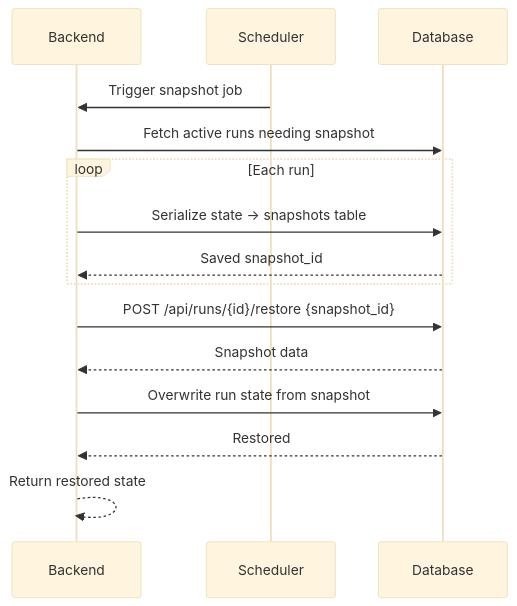
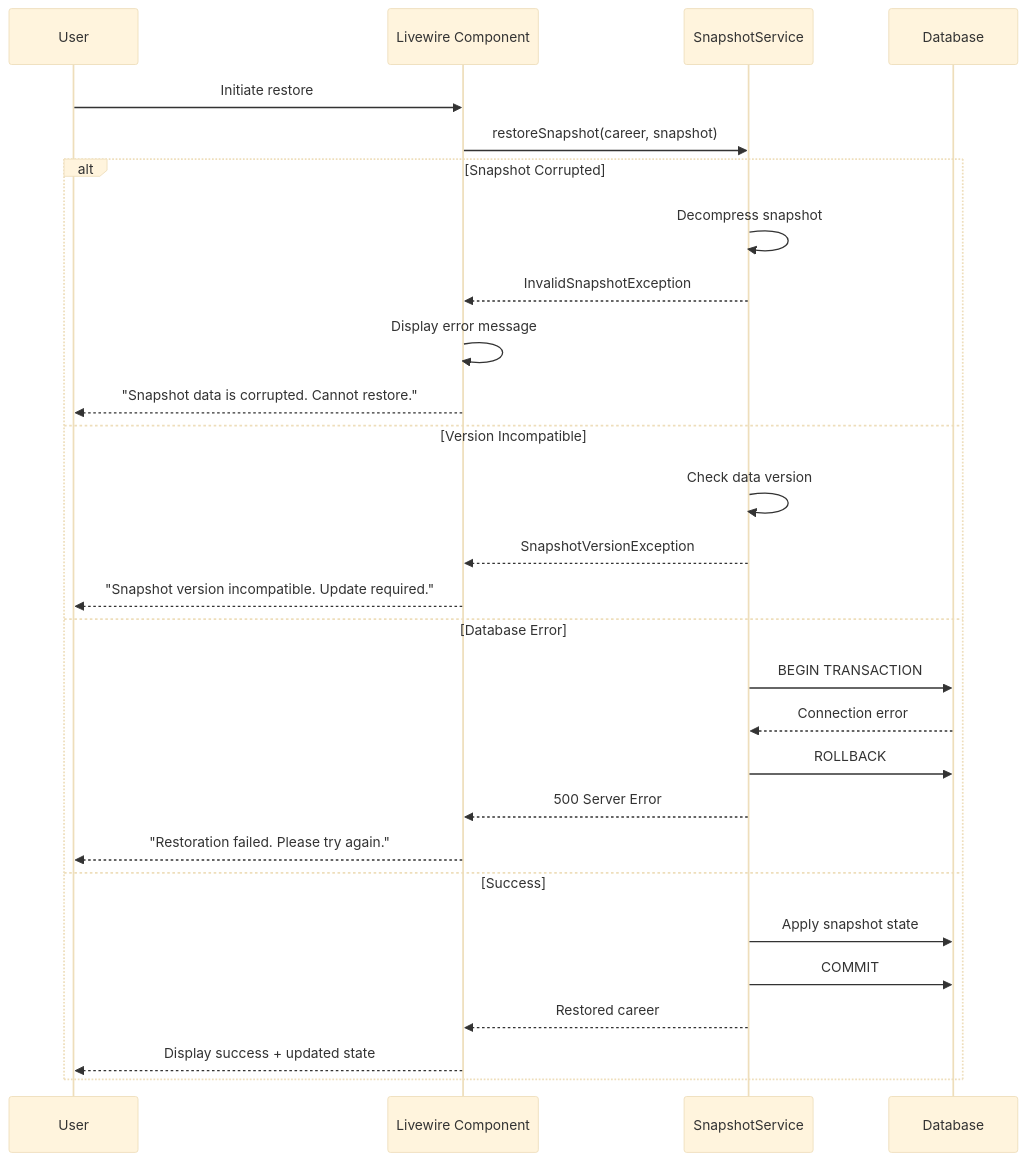
Before and after one commit to exatfrds67/umamusume-career-planner: the second of 2 diagrams in docs/01-sequences/SEQ-012_Run_Snapshot_and_Restore.md, drawn with Mermaid (base theme). The commit also changed other lines of this file and 67 other files, not shown here.

````diff
--- a/docs/01-sequences/SEQ-012_Run_Snapshot_and_Restore.md
+++ b/docs/01-sequences/SEQ-012_Run_Snapshot_and_Restore.md
@@ -28,19 +708,32 @@
 ```mermaid
 sequenceDiagram
-    participant API as Backend
-    participant CRON as Scheduler
+    participant User
+    participant UI as Livewire Component
+    participant Service as SnapshotService
     participant DB as Database
 
-    CRON->>API: Trigger snapshot job
-    API->>DB: Fetch active runs needing snapshot
-    loop Each run
-        API->>DB: Serialize state -> snapshots table
-        DB-->>API: Saved snapshot_id
+    User->>UI: Initiate restore
+    UI->>Service: restoreSnapshot(career, snapshot)
+    
+    alt Snapshot Corrupted
+        Service->>Service: Decompress snapshot
+        Service-->>UI: InvalidSnapshotException
+        UI->>UI: Display error message
+        UI-->>User: "Snapshot data is corrupted. Cannot restore."
+    else Version Incompatible
+        Service->>Service: Check data version
+        Service-->>UI: SnapshotVersionException
+        UI-->>User: "Snapshot version incompatible. Update required."
+    else Database Error
+        Service->>DB: BEGIN TRANSACTION
+        DB-->>Service: Connection error
+        Service->>DB: ROLLBACK
+        Service-->>UI: 500 Server Error
+        UI-->>User: "Restoration failed. Please try again."
+    else Success
+        Service->>DB: Apply snapshot state
+        Service->>DB: COMMIT
+        Service-->>UI: Restored career
+        UI-->>User: Display success + updated state
     end
-
-    API->>DB: POST /api/runs/{id}/restore {snapshot_id}
-    DB-->>API: Snapshot data
-    API->>DB: Overwrite run state from snapshot
-    DB-->>API: Restored
-    API-->>API: Return restored state
 ```
````
